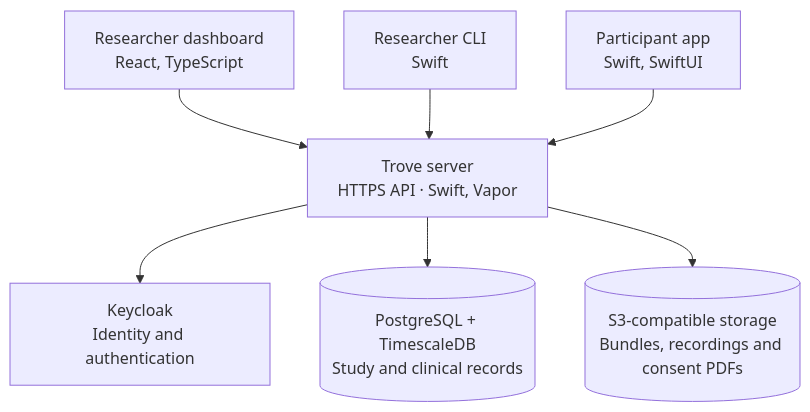
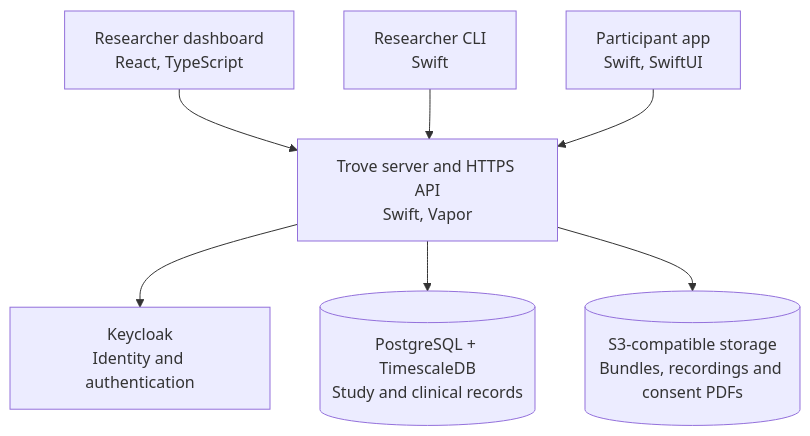
One commit to SchmiedmayerLab/Trove changed the diagram in README.md. Above: the diagram before and after it, drawn with Mermaid. The commit also changed other lines of this file and 4 other files, not shown here.

````diff
--- a/README.md
+++ b/README.md
@@ -80,12 +78,12 @@
 ```mermaid
 flowchart TB
     accTitle: Trove Components
     accDescr: The researcher dashboard, Swift CLI and participant app send requests to the Trove server. The server validates identity with Keycloak and stores data in PostgreSQL with TimescaleDB and S3-compatible storage.
     W["Researcher dashboard<br/>React, TypeScript"] --> S
     C["Researcher CLI<br/>Swift"] --> S
     I["Participant app<br/>Swift, SwiftUI"] --> S
-    S["Trove server<br/>HTTPS API · Swift, Vapor"]
+    S["Trove server and HTTPS API<br/>Swift, Vapor"]
     S --> K["Keycloak<br/>Identity and authentication"]
     S --> PG[("PostgreSQL + TimescaleDB<br/>Study and clinical records")]
     S --> OS[("S3-compatible storage<br/>Bundles, recordings and consent PDFs")]
 ```
````
